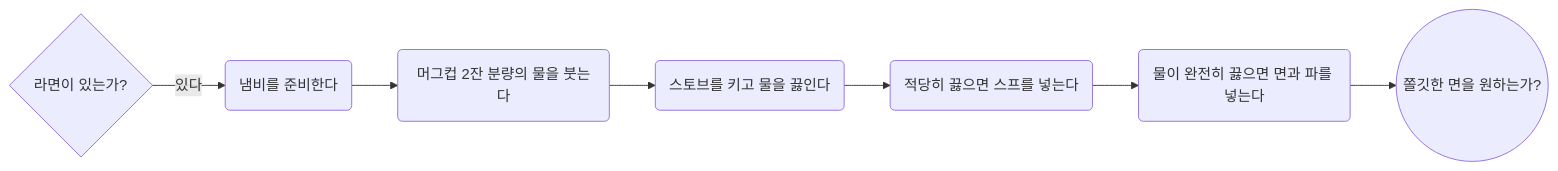
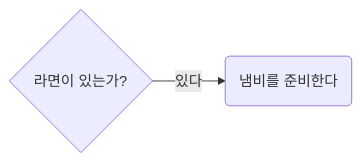
Before and after one commit to junep16/mermaid-test: the second of 2 diagrams in README.md, drawn with Mermaid.

````diff
--- a/README.md
+++ b/README.md
@@ -15,9 +15,4 @@
 ```mermaid
 	flowchart LR
-		A{라면이 있는가?} -->|있다| B(냄비를 준비한다)
-			B -->C(머그컵 2잔 분량의 물을 붓는다)
-			C -->E(스토브를 키고 물을 끓인다)
-			E -->F(적당히 끓으면 스프를 넣는다)
-			F -->G(물이 완전히 끓으면 면과 파를 넣는다)
-			G -->H((쫄깃한 면을 원하는가?))
+		A{라면이 있는가?} -->|있다| B(냄비를 준비한다) 
 ```
````
